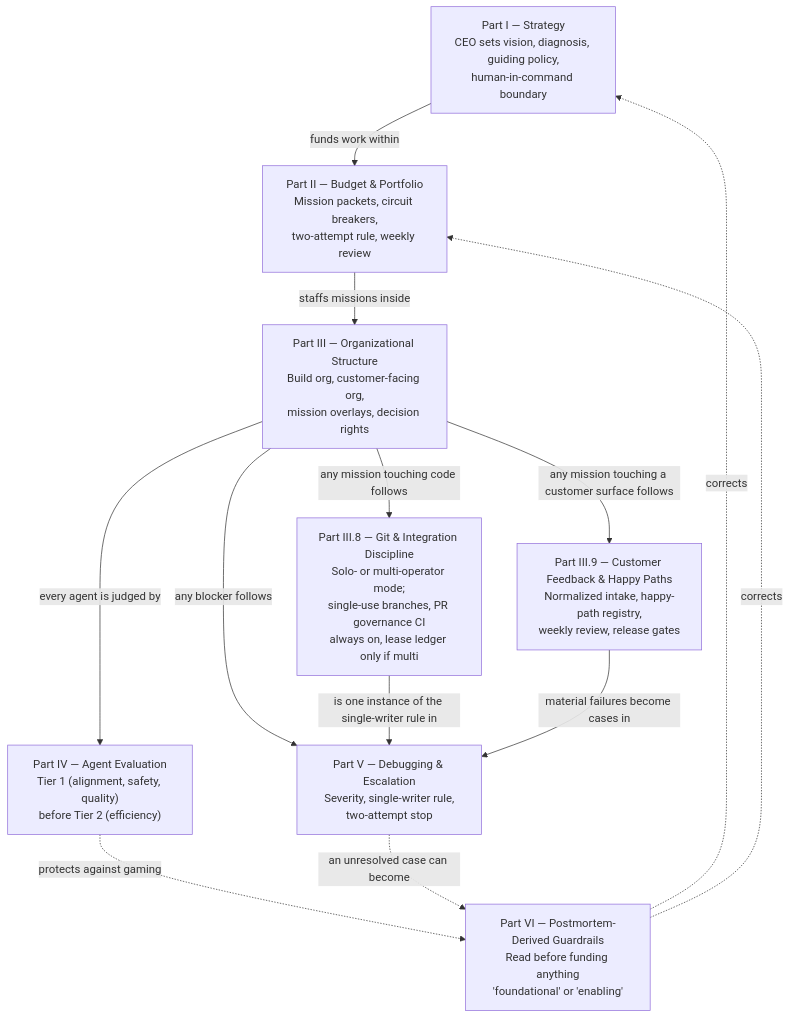
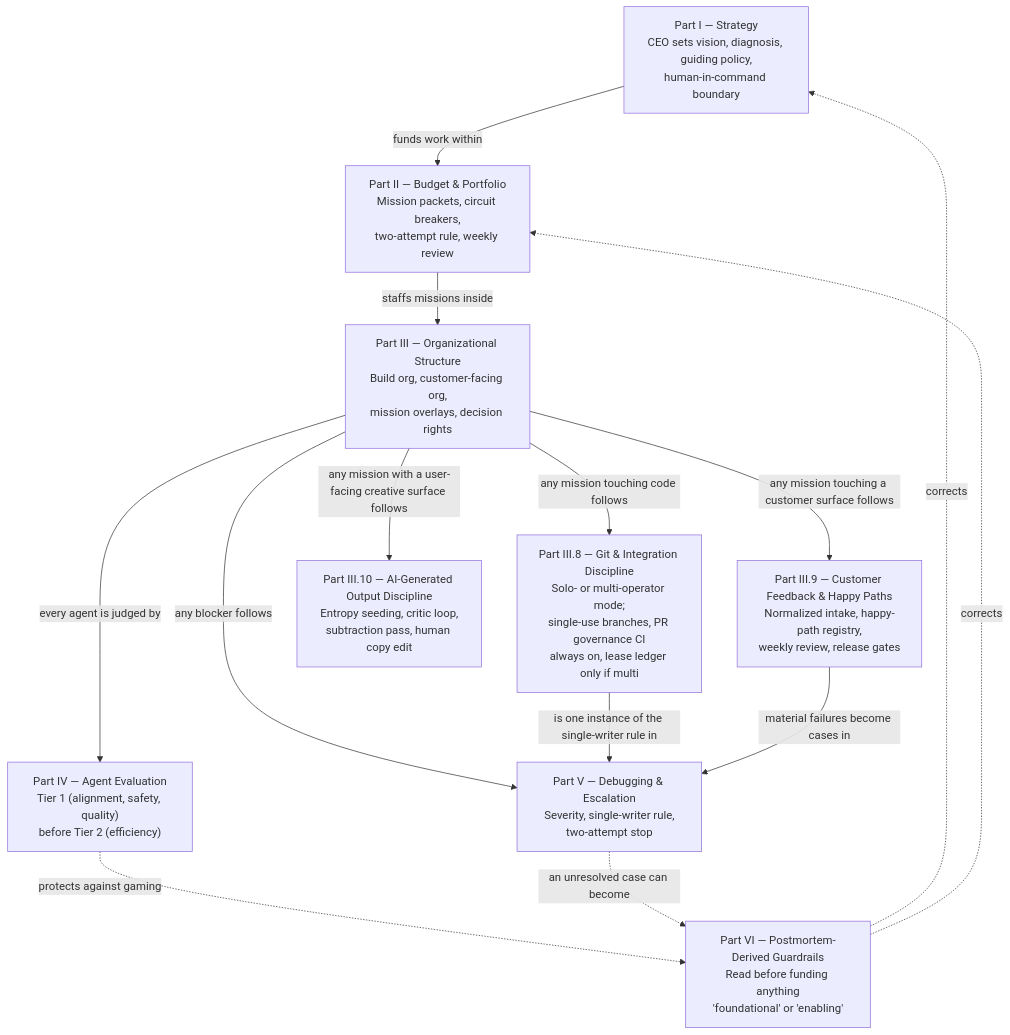
One commit to irl-labs-us/agentic-org-framework changed the diagram in README.md. Above: the diagram before and after it, drawn with Mermaid. The commit also changed other lines of this file and 2 other files, not shown here.

Commit message:
Add III.10: AI-generated output discipline
Optional add-on (mirrors III.9's shape) for missions with a user-facing
creative surface: entropy seeding to break default-generic output, a
critic-loop pattern for objective review, and a delivery checklist
(subtraction pass, project-specific AI-tells list, human copy edit).
Generalized from a public write-up on AI-assisted design workflows, with
the source excerpts folded into the new template's rationale.

Claude-Session: https://claude.ai/code/session_01GJDDm1x4y5Jz82sKKTjrJ2

````diff
--- a/README.md
+++ b/README.md
@@ -19,24 +19,26 @@
 ```mermaid
 flowchart TB
     STRATEGY["Part I — Strategy<br/>CEO sets vision, diagnosis, guiding policy,<br/>human-in-command boundary"]
     BUDGET["Part II — Budget & Portfolio<br/>Mission packets, circuit breakers,<br/>two-attempt rule, weekly review"]
     ORG["Part III — Organizational Structure<br/>Build org, customer-facing org,<br/>mission overlays, decision rights"]
     GIT["Part III.8 — Git & Integration Discipline<br/>Solo- or multi-operator mode;<br/>single-use branches, PR governance CI<br/>always on, lease ledger only if multi"]
     FEEDBACK["Part III.9 — Customer Feedback & Happy Paths<br/>Normalized intake, happy-path registry,<br/>weekly review, release gates"]
+    DESIGN["Part III.10 — AI-Generated Output Discipline<br/>Entropy seeding, critic loop,<br/>subtraction pass, human copy edit"]
     EVAL["Part IV — Agent Evaluation<br/>Tier 1 (alignment, safety, quality)<br/>before Tier 2 (efficiency)"]
     DEBUG["Part V — Debugging & Escalation<br/>Severity, single-writer rule,<br/>two-attempt stop"]
     GUARDRAILS["Part VI — Postmortem-Derived Guardrails<br/>Read before funding anything<br/>'foundational' or 'enabling'"]
 
     STRATEGY -->|"funds work within"| BUDGET
     BUDGET -->|"staffs missions inside"| ORG
     ORG -->|"any mission touching code follows"| GIT
     ORG -->|"any mission touching a customer surface follows"| FEEDBACK
+    ORG -->|"any mission with a user-facing creative surface follows"| DESIGN
     ORG -->|"every agent is judged by"| EVAL
     ORG -->|"any blocker follows"| DEBUG
     GIT -->|"is one instance of the single-writer rule in"| DEBUG
     FEEDBACK -->|"material failures become cases in"| DEBUG
     EVAL -.->|"protects against gaming"| GUARDRAILS
     DEBUG -.->|"an unresolved case can become"| GUARDRAILS
     GUARDRAILS -.->|"corrects"| STRATEGY
     GUARDRAILS -.->|"corrects"| BUDGET
 ```
````
